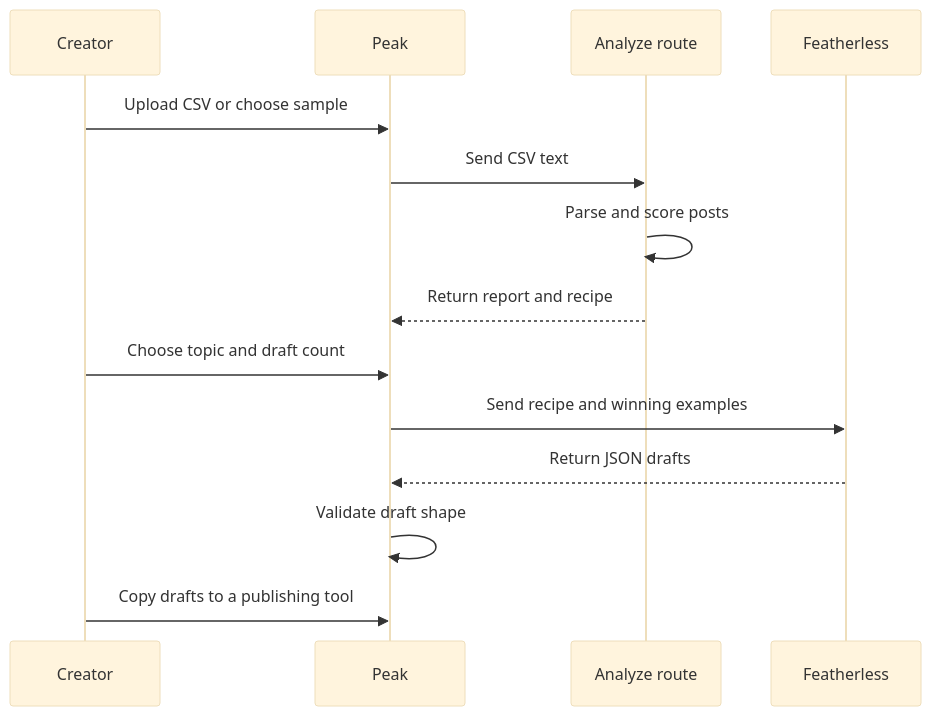
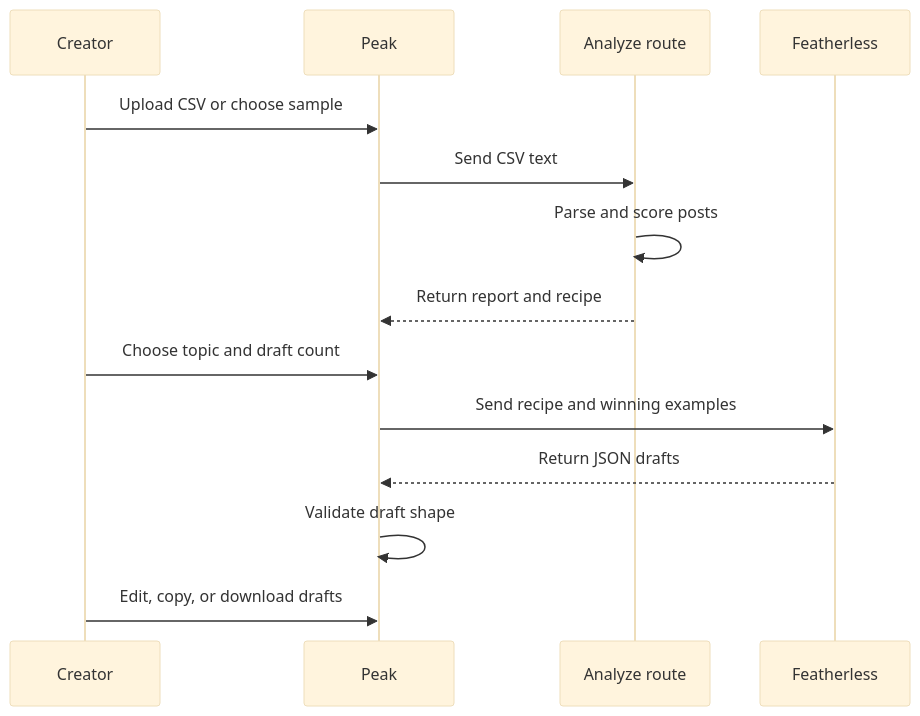
The second of 2 diagrams in README.md (thesithunyein/peak), drawn with Mermaid (base theme) before and after one commit. The commit also changed other lines of this file, not shown here.

````diff
--- a/README.md
+++ b/README.md
@@ -74,17 +74,17 @@
 ```mermaid
 sequenceDiagram
   participant C as Creator
   participant P as Peak
   participant A as Analyze route
   participant F as Featherless
 
   C->>P: Upload CSV or choose sample
   P->>A: Send CSV text
   A->>A: Parse and score posts
   A-->>P: Return report and recipe
   C->>P: Choose topic and draft count
   P->>F: Send recipe and winning examples
   F-->>P: Return JSON drafts
   P->>P: Validate draft shape
-  C->>P: Copy drafts to a publishing tool
+  C->>P: Edit, copy, or download drafts
 ```
````
